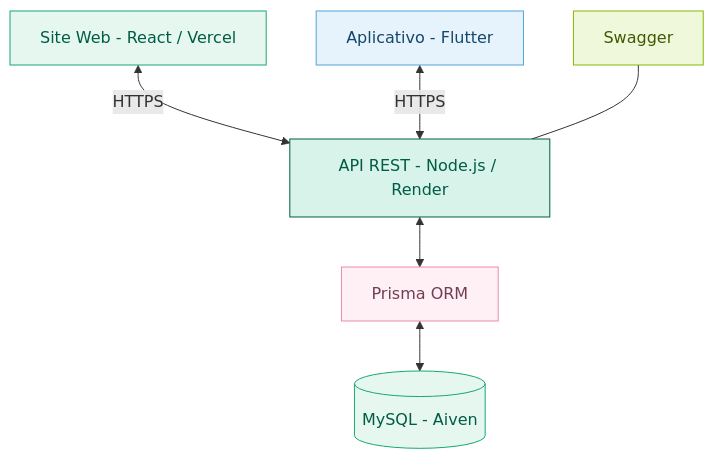
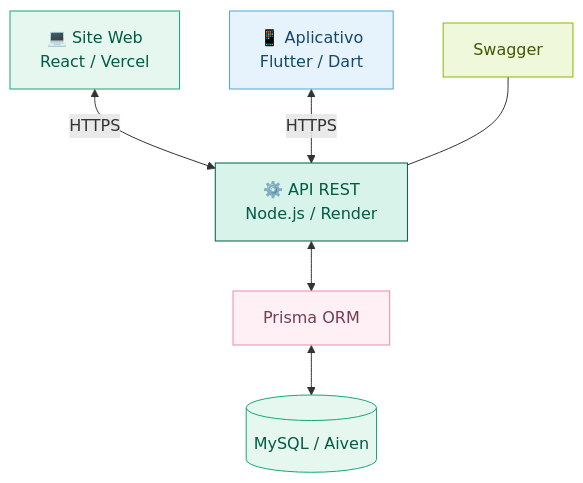
One commit to Carollina-Ferreira/Sate changed the diagram in README.md. Above: the diagram before and after it, drawn with Mermaid. The commit also changed other lines of this file, not shown here.

````diff
--- a/README.md
+++ b/README.md
@@ -97,15 +106,22 @@
 ```mermaid
 flowchart TD
-    A["Site Web - React / Vercel"] <-->|HTTPS| C["API REST - Node.js / Render"]
-    B["Aplicativo - Flutter"] <-->|HTTPS| C
-    C <--> D["Prisma ORM"]
-    D <--> E[("MySQL - Aiven")]
-    F["Swagger"] --- C
+    A["💻 Site Web<br/>React / Vercel"]
+    B["📱 Aplicativo<br/>Flutter / Dart"]
+    C["⚙️ API REST<br/>Node.js / Render"]
+    D["Prisma ORM"]
+    E[("MySQL / Aiven")]
+    F["Swagger"]
+
+    A <-->|HTTPS| C
+    B <-->|HTTPS| C
+    C <--> D
+    D <--> E
+    F --- C
 
     style A fill:#E6F7F0,stroke:#16A875,color:#005C45
     style B fill:#E7F3FC,stroke:#4EA5D9,color:#14486B
     style C fill:#D8F3E9,stroke:#005C45,color:#005C45
     style D fill:#FFF0F5,stroke:#E98BA8,color:#713F55
     style E fill:#E6F7F0,stroke:#16A875,color:#005C45
     style F fill:#F0F8DC,stroke:#85B900,color:#405900
 ```
````
